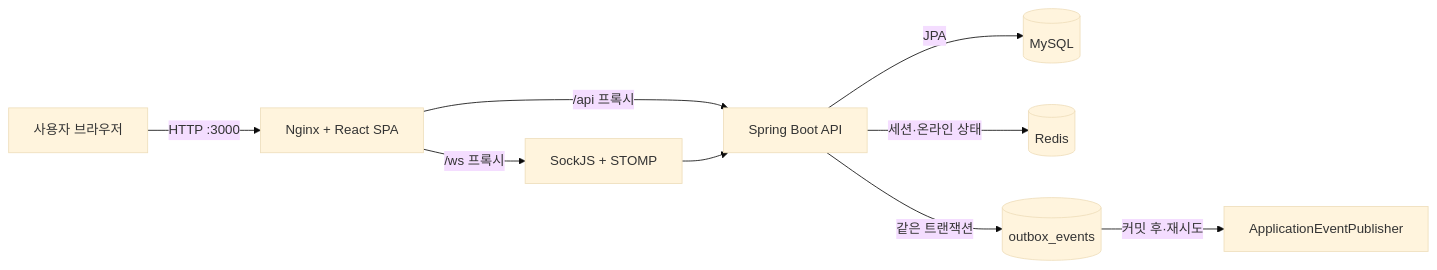
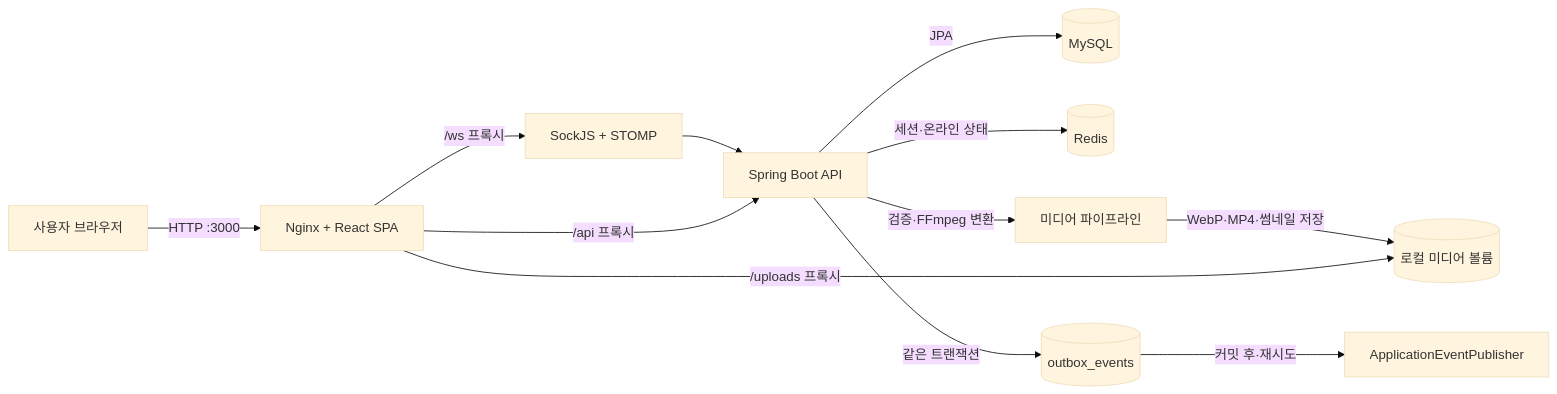
The diagram in docs/01-system-overview.md (gitUserKHS/talk_with_neighbors_back), drawn with Mermaid (base theme) before and after one commit. The commit also changed other lines of this file and 49 other files, not shown here.

````diff
--- a/docs/01-system-overview.md
+++ b/docs/01-system-overview.md
@@ -11,11 +11,14 @@
 ```mermaid
 flowchart LR
     U["사용자 브라우저"] -->|HTTP :3000| N["Nginx + React SPA"]
     N -->|/api 프록시| B["Spring Boot API"]
+    N -->|/uploads 프록시| F[("로컬 미디어 볼륨")]
     N -->|/ws 프록시| W["SockJS + STOMP"]
     W --> B
     B -->|JPA| M[("MySQL")]
     B -->|세션·온라인 상태| R[("Redis")]
+    B -->|검증·FFmpeg 변환| P["미디어 파이프라인"]
+    P -->|WebP·MP4·썸네일 저장| F
     B -->|같은 트랜잭션| O[("outbox_events")]
     O -->|커밋 후·재시도| E["ApplicationEventPublisher"]
 ```
````
